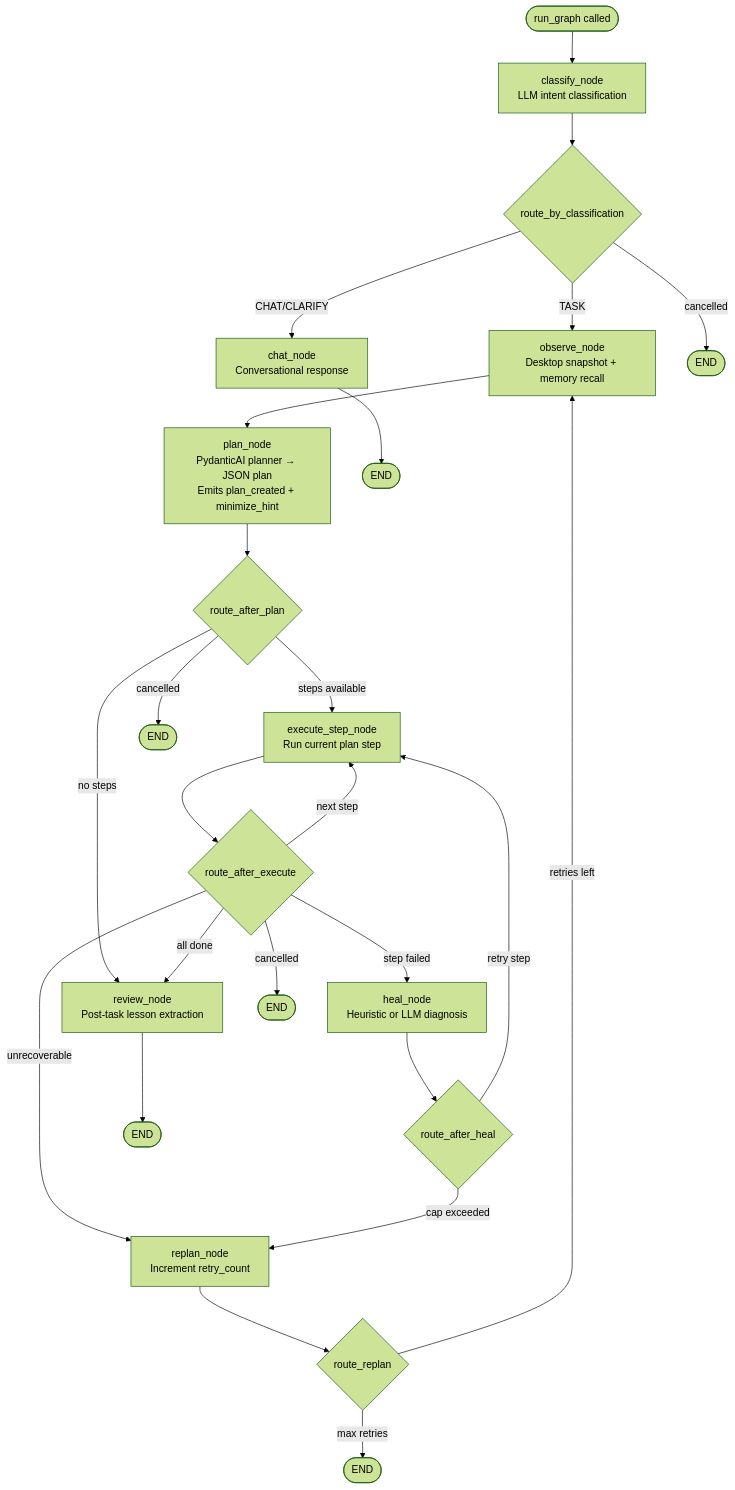
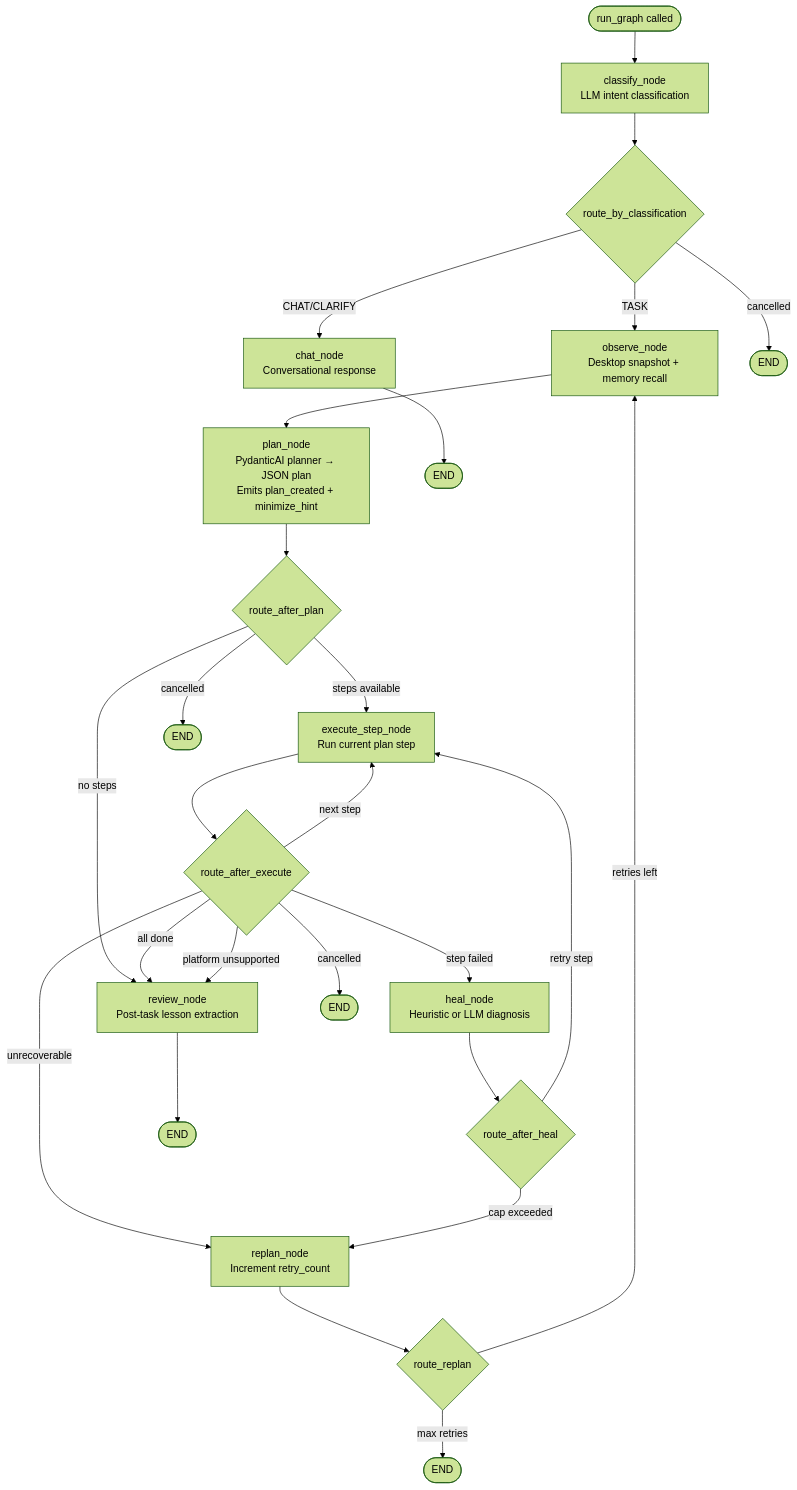
The fourth of 16 diagrams in docs/03_agentic_flow.md (OpenSarthi/opensarthi), drawn with Mermaid (forest theme) before and after one commit. The commit also changed other lines of this file and 3 other files, not shown here.

Commit message:
docs(architecture): document lazy voice, non-blocking observation, and adaptive telemetry

````diff
--- a/docs/03_agentic_flow.md
+++ b/docs/03_agentic_flow.md
@@ -90,34 +90,35 @@
 ```mermaid
 flowchart TD
     START([run_graph called]) --> CLASSIFY[classify_node\nLLM intent classification]
     CLASSIFY --> ROUTE{route_by_classification}
 
     ROUTE -->|CHAT/CLARIFY| CHAT_N[chat_node\nConversational response]
     ROUTE -->|TASK| OBSERVE[observe_node\nDesktop snapshot + memory recall]
     ROUTE -->|cancelled| END_A([END])
 
     OBSERVE --> PLAN[plan_node\nPydanticAI planner → JSON plan\nEmits plan_created + minimize_hint]
     PLAN --> ROUTE_PLAN{route_after_plan}
 
     ROUTE_PLAN -->|steps available| EXECUTE[execute_step_node\nRun current plan step]
     ROUTE_PLAN -->|no steps| REVIEW[review_node\nPost-task lesson extraction]
     ROUTE_PLAN -->|cancelled| END_B([END])
 
     EXECUTE --> ROUTE_EXEC{route_after_execute}
     ROUTE_EXEC -->|next step| EXECUTE
     ROUTE_EXEC -->|all done| REVIEW
+    ROUTE_EXEC -->|platform unsupported| REVIEW
     ROUTE_EXEC -->|step failed| HEAL[heal_node\nHeuristic or LLM diagnosis]
     ROUTE_EXEC -->|unrecoverable| REPLAN[replan_node\nIncrement retry_count]
     ROUTE_EXEC -->|cancelled| END_C([END])
 
     HEAL --> ROUTE_HEAL{route_after_heal}
     ROUTE_HEAL -->|retry step| EXECUTE
     ROUTE_HEAL -->|cap exceeded| REPLAN
 
     REPLAN --> ROUTE_REPLAN{route_replan}
     ROUTE_REPLAN -->|retries left| OBSERVE
     ROUTE_REPLAN -->|max retries| END_D([END])
 
     REVIEW --> END_E([END])
     CHAT_N --> END_F([END])
 ```
````
